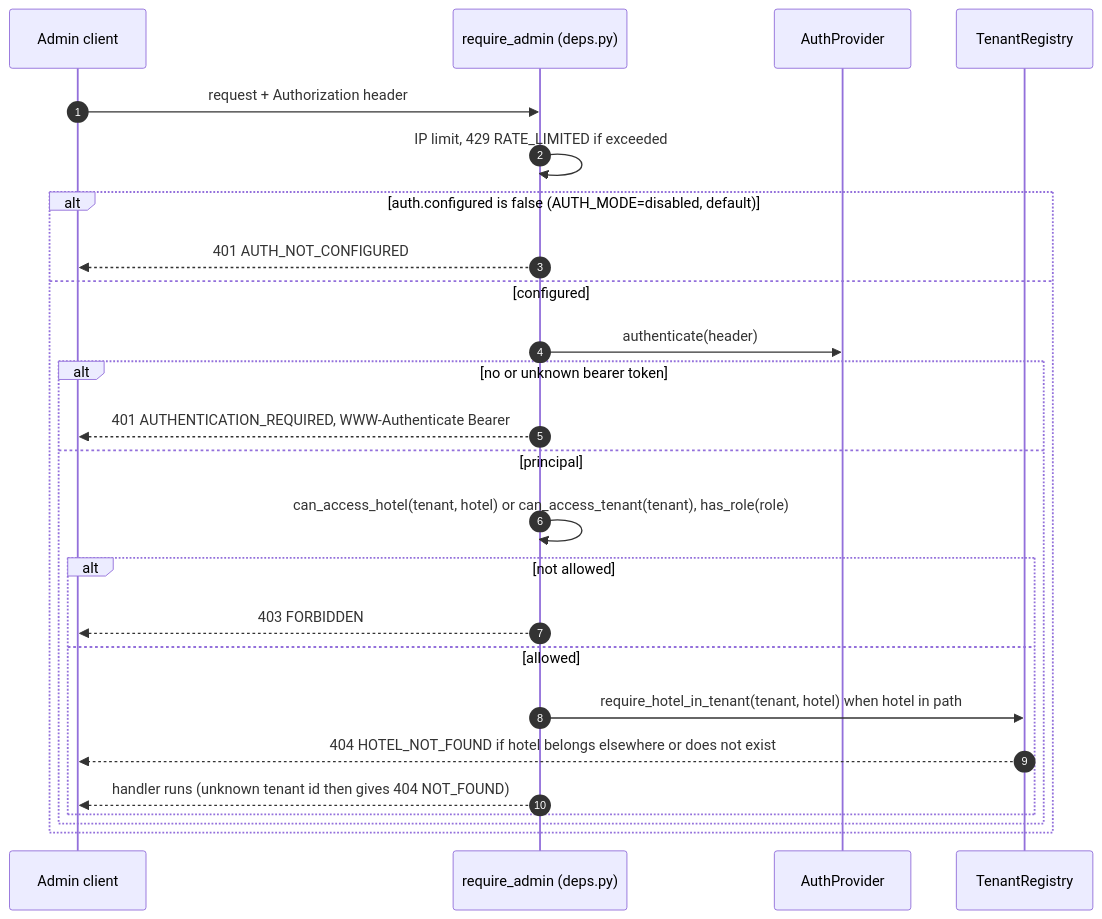
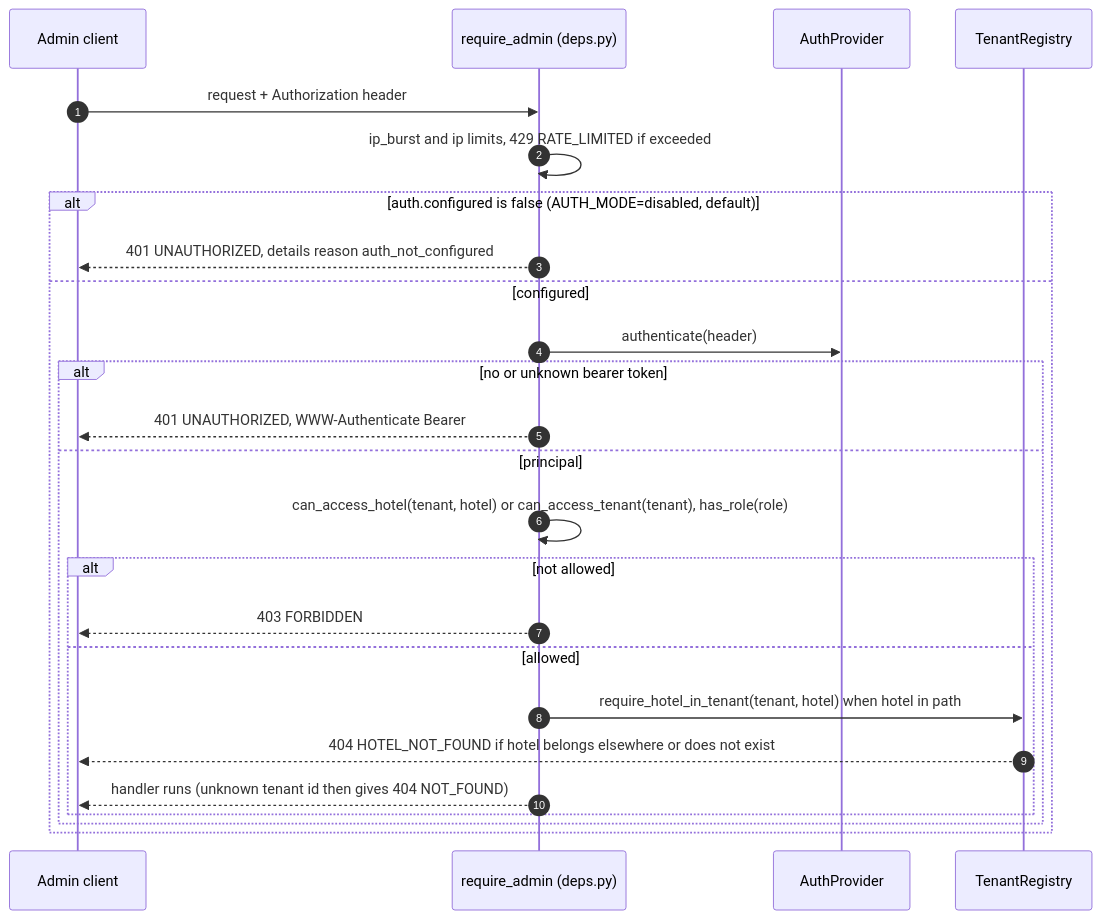
Before and after one commit to chandu0580/simplotel-agent: the eighth of 10 diagrams in docs/SYSTEM_DESIGN.md, drawn with Mermaid. The commit also changed other lines of this file and 112 other files, not shown here.

````diff
--- a/docs/SYSTEM_DESIGN.md
+++ b/docs/SYSTEM_DESIGN.md
@@ -363,27 +415,27 @@
 ```mermaid
 sequenceDiagram
     autonumber
     participant C as Admin client
     participant D as require_admin (deps.py)
     participant A as AuthProvider
     participant T as TenantRegistry
     C->>D: request + Authorization header
-    D->>D: IP limit, 429 RATE_LIMITED if exceeded
+    D->>D: ip_burst and ip limits, 429 RATE_LIMITED if exceeded
     alt auth.configured is false (AUTH_MODE=disabled, default)
-        D-->>C: 401 AUTH_NOT_CONFIGURED
+        D-->>C: 401 UNAUTHORIZED, details reason auth_not_configured
     else configured
         D->>A: authenticate(header)
         alt no or unknown bearer token
-            D-->>C: 401 AUTHENTICATION_REQUIRED, WWW-Authenticate Bearer
+            D-->>C: 401 UNAUTHORIZED, WWW-Authenticate Bearer
         else principal
             D->>D: can_access_hotel(tenant, hotel) or can_access_tenant(tenant), has_role(role)
             alt not allowed
                 D-->>C: 403 FORBIDDEN
             else allowed
                 D->>T: require_hotel_in_tenant(tenant, hotel) when hotel in path
                 T-->>C: 404 HOTEL_NOT_FOUND if hotel belongs elsewhere or does not exist
                 D-->>C: handler runs (unknown tenant id then gives 404 NOT_FOUND)
             end
         end
     end
 ```
````
